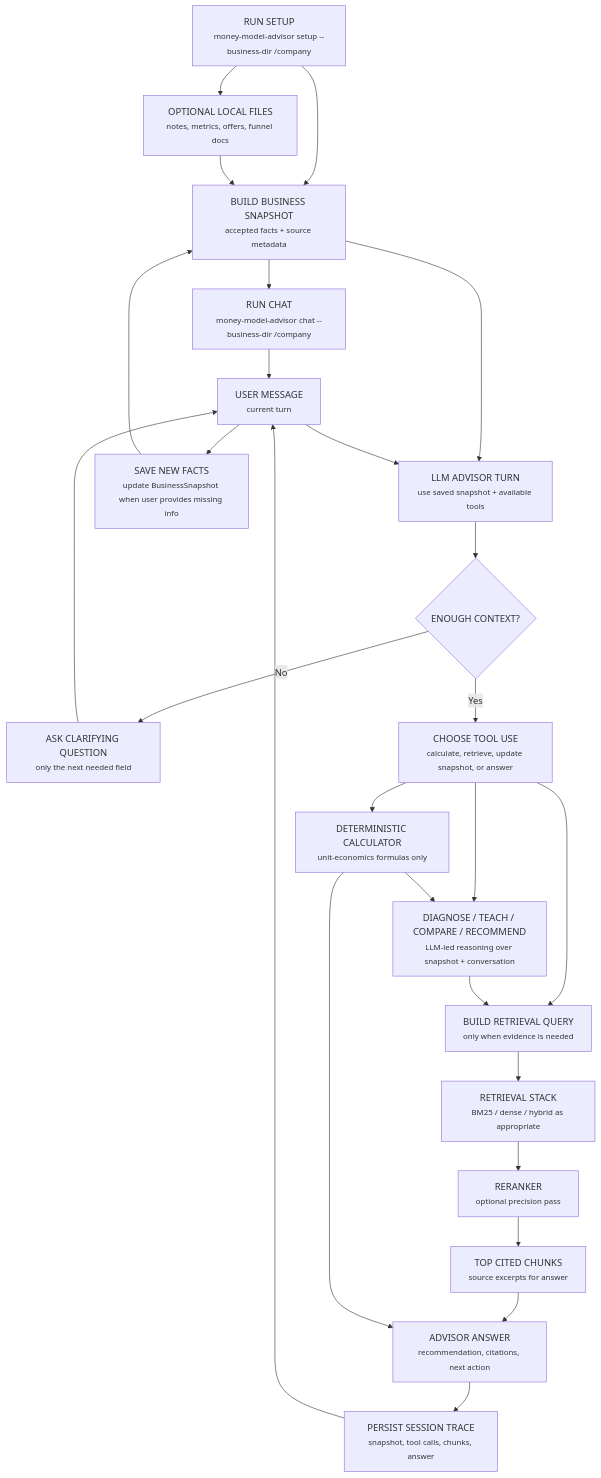
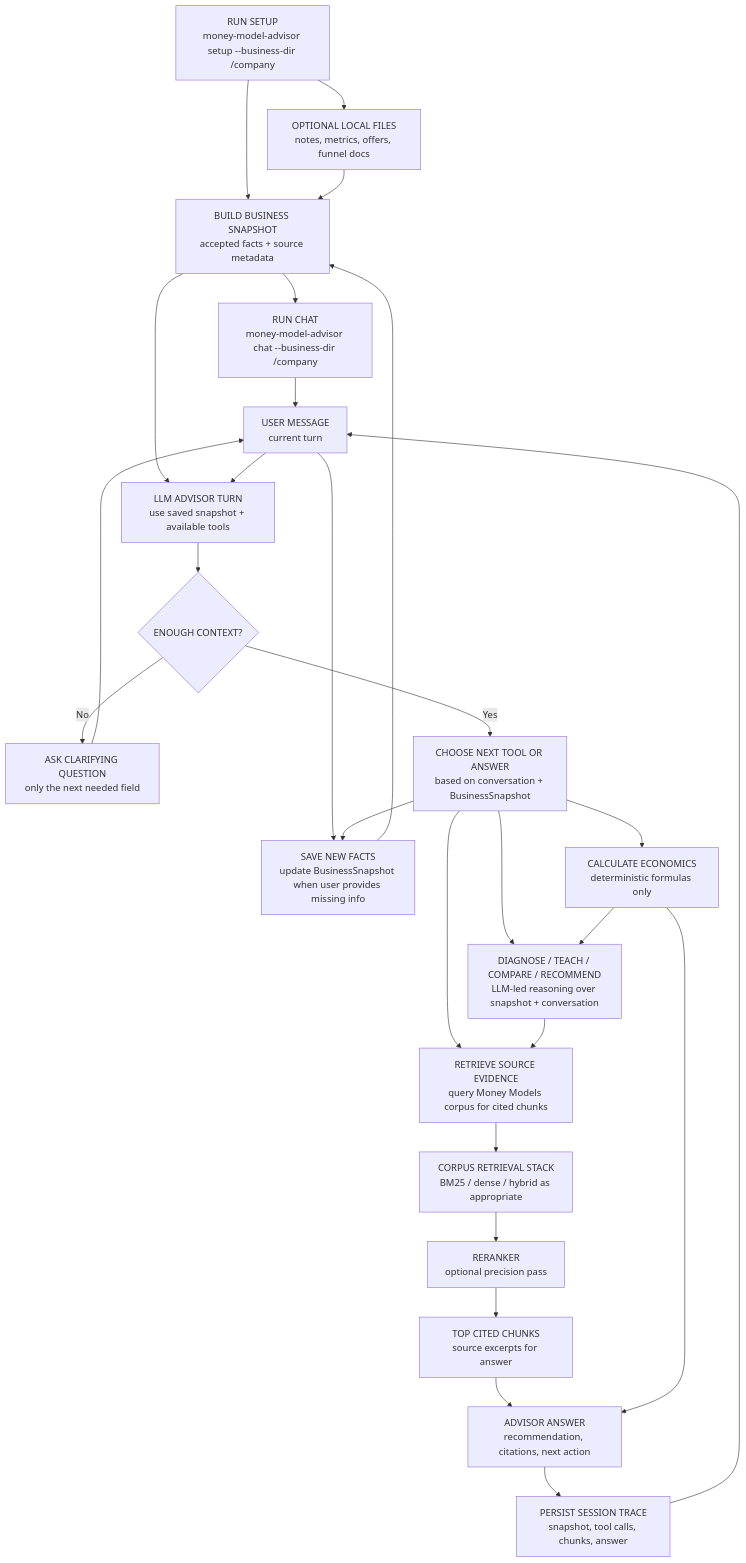
One commit to nine4-team/money-models-advisor changed the diagram in IMPLEMENTATION_PLAN.md. Above: the diagram before and after it, drawn with Mermaid. The commit also changed other lines of this file, not shown here.

Commit message:
Clarify advisor tool-use diagram

````diff
--- a/IMPLEMENTATION_PLAN.md
+++ b/IMPLEMENTATION_PLAN.md
@@ -36,34 +36,35 @@
 ```mermaid
 flowchart TD
-  A["RUN SETUP<br/><small>money-model-advisor setup --business-dir /company</small>"] --> B["OPTIONAL LOCAL FILES<br/><small>notes, metrics, offers, funnel docs</small>"]
-  A --> C["BUILD BUSINESS SNAPSHOT<br/><small>accepted facts + source metadata</small>"]
+  A["RUN SETUP<br/>money-model-advisor setup --business-dir /company"] --> B["OPTIONAL LOCAL FILES<br/>notes, metrics, offers, funnel docs"]
+  A --> C["BUILD BUSINESS SNAPSHOT<br/>accepted facts + source metadata"]
   B --> C
 
-  C --> D["RUN CHAT<br/><small>money-model-advisor chat --business-dir /company</small>"]
-  D --> E["USER MESSAGE<br/><small>current turn</small>"]
-  C --> F["LLM ADVISOR TURN<br/><small>use saved snapshot + available tools</small>"]
+  C --> D["RUN CHAT<br/>money-model-advisor chat --business-dir /company"]
+  D --> E["USER MESSAGE<br/>current turn"]
+  C --> F["LLM ADVISOR TURN<br/>use saved snapshot + available tools"]
   E --> F
 
   F --> G{"ENOUGH CONTEXT?"}
-  G -- "No" --> H["ASK CLARIFYING QUESTION<br/><small>only the next needed field</small>"]
+  G -- "No" --> H["ASK CLARIFYING QUESTION<br/>only the next needed field"]
   H --> E
-  E --> S["SAVE NEW FACTS<br/><small>update BusinessSnapshot when user provides missing info</small>"]
+  E --> S["SAVE NEW FACTS<br/>update BusinessSnapshot when user provides missing info"]
   S --> C
 
-  G -- "Yes" --> I["CHOOSE TOOL USE<br/><small>calculate, retrieve, update snapshot, or answer</small>"]
-  I --> J["DETERMINISTIC CALCULATOR<br/><small>unit-economics formulas only</small>"]
-  I --> K["DIAGNOSE / TEACH / COMPARE / RECOMMEND<br/><small>LLM-led reasoning over snapshot + conversation</small>"]
-  I --> M["BUILD RETRIEVAL QUERY<br/><small>only when evidence is needed</small>"]
+  G -- "Yes" --> I["CHOOSE NEXT TOOL OR ANSWER<br/>based on conversation + BusinessSnapshot"]
+  I --> J["CALCULATE ECONOMICS<br/>deterministic formulas only"]
+  I --> K["DIAGNOSE / TEACH / COMPARE / RECOMMEND<br/>LLM-led reasoning over snapshot + conversation"]
+  I --> M["RETRIEVE SOURCE EVIDENCE<br/>query Money Models corpus for cited chunks"]
+  I --> S
 
   J --> K
   K --> M
 
-  M --> N["RETRIEVAL STACK<br/><small>BM25 / dense / hybrid as appropriate</small>"]
-  N --> O["RERANKER<br/><small>optional precision pass</small>"]
-  O --> P["TOP CITED CHUNKS<br/><small>source excerpts for answer</small>"]
+  M --> N["CORPUS RETRIEVAL STACK<br/>BM25 / dense / hybrid as appropriate"]
+  N --> O["RERANKER<br/>optional precision pass"]
+  O --> P["TOP CITED CHUNKS<br/>source excerpts for answer"]
 
-  P --> Q["ADVISOR ANSWER<br/><small>recommendation, citations, next action</small>"]
+  P --> Q["ADVISOR ANSWER<br/>recommendation, citations, next action"]
   J --> Q
-  Q --> R["PERSIST SESSION TRACE<br/><small>snapshot, tool calls, chunks, answer</small>"]
+  Q --> R["PERSIST SESSION TRACE<br/>snapshot, tool calls, chunks, answer"]
   R --> E
 ```
````
